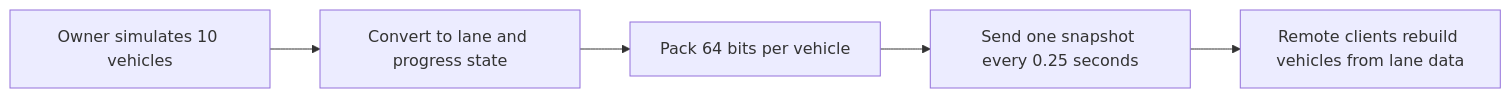
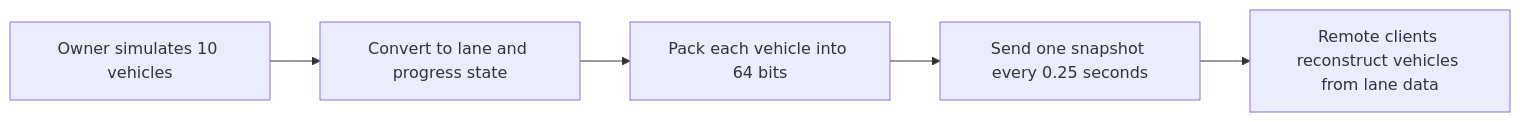
Before and after one commit to hjcud/Shinjuku-Live-Street: the diagram in Docs/optimization.en.md, drawn with Mermaid. The commit also changed other lines of this file and 9 other files, not shown here.

````diff
--- a/Docs/optimization.en.md
+++ b/Docs/optimization.en.md
@@ -80,7 +80,7 @@
 ```mermaid
 flowchart LR
     A[Owner simulates 10 vehicles] --> B[Convert to lane and progress state]
-    B --> C[Pack 64 bits per vehicle]
+    B --> C[Pack each vehicle into 64 bits]
     C --> D[Send one snapshot every 0.25 seconds]
-    D --> E[Remote clients rebuild vehicles from lane data]
+    D --> E[Remote clients reconstruct vehicles from lane data]
 ```
````
